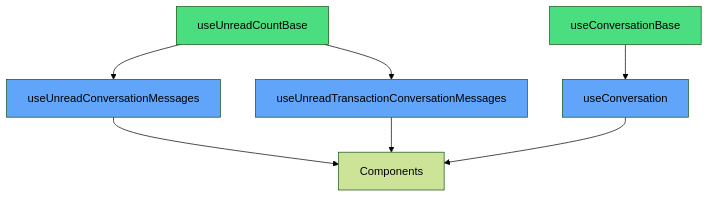
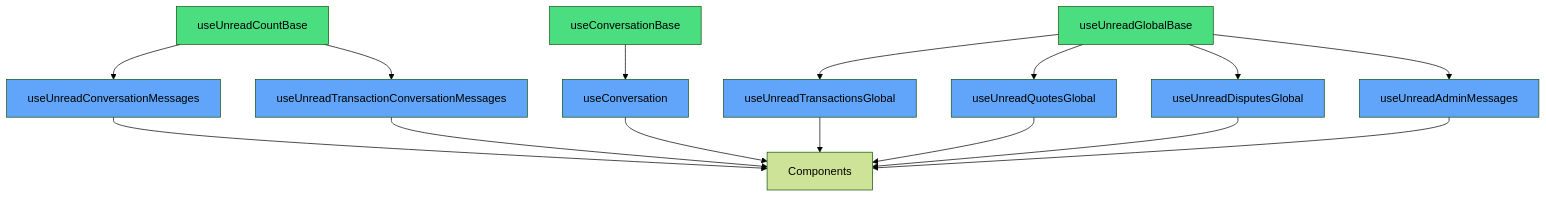
The diagram in ARCHITECTURE_REFACTORING_HOOKS.md (bruno-dias18/rivvlock), drawn with Mermaid (forest theme) before and after one commit. The commit also changed other lines of this file and 7 other files, not shown here.

````diff
--- a/ARCHITECTURE_REFACTORING_HOOKS.md
+++ b/ARCHITECTURE_REFACTORING_HOOKS.md
@@ -97,16 +90,31 @@
 ```mermaid
 graph TD
     A[useUnreadCountBase] --> B[useUnreadConversationMessages]
     A --> C[useUnreadTransactionConversationMessages]
+    
     D[useConversationBase] --> E[useConversation]
     
-    B --> F[Components]
-    C --> F
-    E --> F
+    F[useUnreadGlobalBase] --> G[useUnreadTransactionsGlobal]
+    F --> H[useUnreadQuotesGlobal]
+    F --> I[useUnreadDisputesGlobal]
+    F --> J[useUnreadAdminMessages]
+    
+    B --> K[Components]
+    C --> K
+    E --> K
+    G --> K
+    H --> K
+    I --> K
+    J --> K
     
     style A fill:#4ade80
     style D fill:#4ade80
+    style F fill:#4ade80
     style B fill:#60a5fa
     style C fill:#60a5fa
     style E fill:#60a5fa
+    style G fill:#60a5fa
+    style H fill:#60a5fa
+    style I fill:#60a5fa
+    style J fill:#60a5fa
 ```
````
